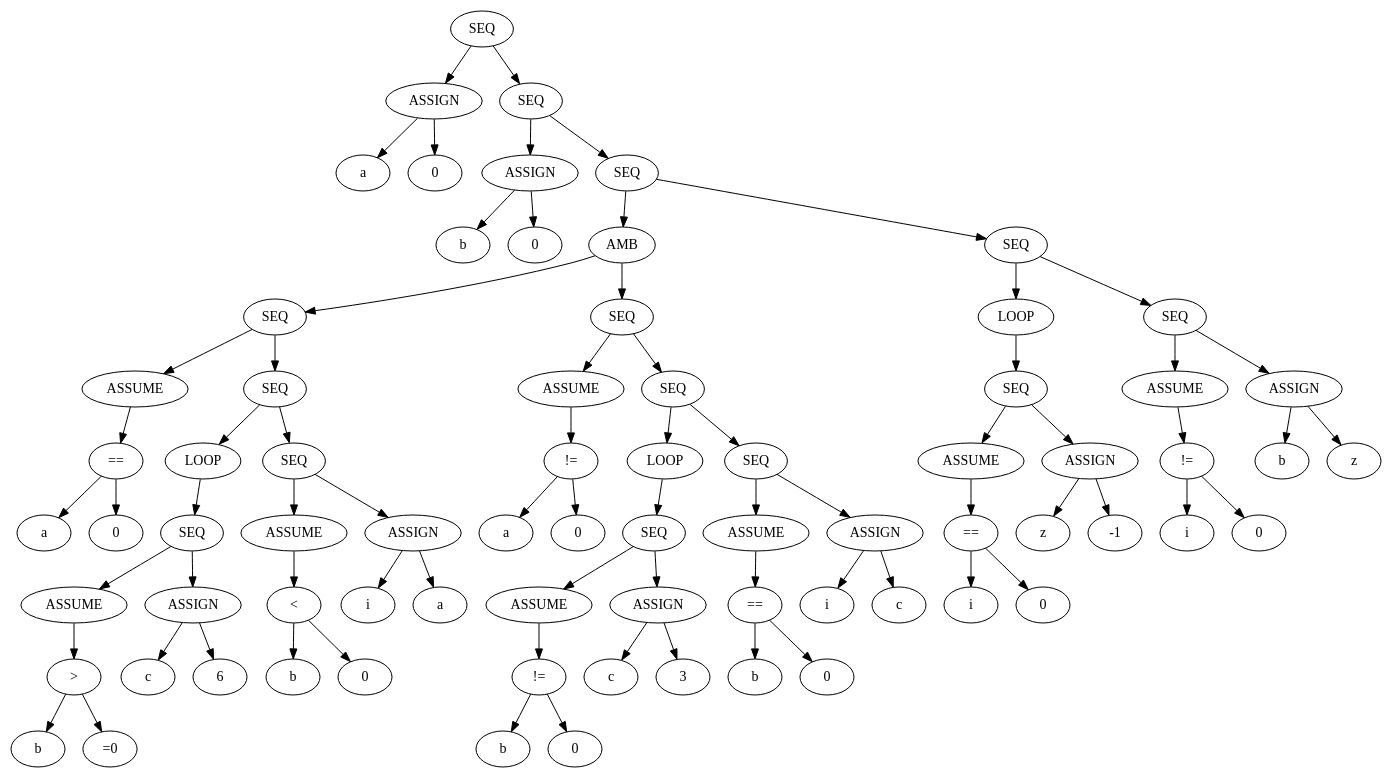
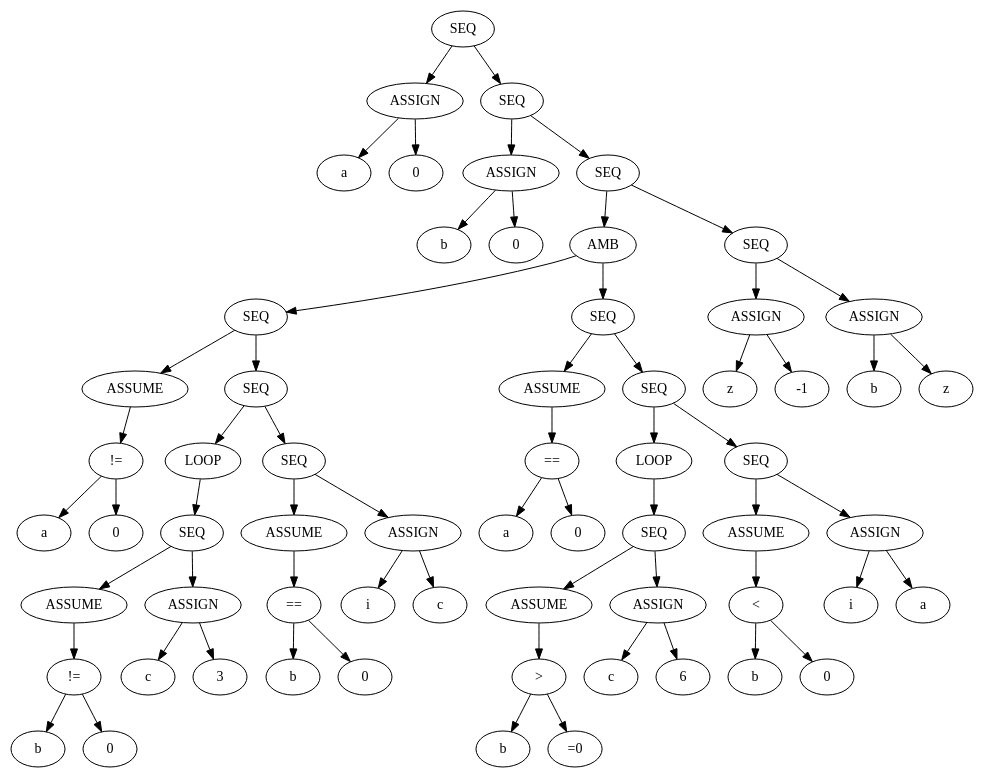
One commit to Harman309/project6 changed the diagram in code/conv_asts/ambwhile/ambwhile.gv. Above: the diagram before and after it, drawn with Graphviz. The commit also changed 58 other files, not shown here.

```diff
--- a/code/conv_asts/ambwhile/ambwhile.gv
+++ b/code/conv_asts/ambwhile/ambwhile.gv
@@ -1,150 +1,128 @@
 // ambwhile
 digraph {
-	40 [label=SEQ]
-	37 [label=ASSIGN]
-	38 [label=a]
-	37 -> 38
-	39 [label=0]
-	37 -> 39
-	40 -> 37
-	44 [label=SEQ]
-	41 [label=ASSIGN]
-	42 [label=b]
+	35 [label=SEQ]
+	32 [label=ASSIGN]
+	33 [label=a]
+	32 -> 33
+	34 [label=0]
+	32 -> 34
+	35 -> 32
+	39 [label=SEQ]
+	36 [label=ASSIGN]
+	37 [label=b]
+	36 -> 37
+	38 [label=0]
+	36 -> 38
+	39 -> 36
+	87 [label=SEQ]
+	40 [label=AMB]
+	45 [label=SEQ]
+	41 [label=ASSUME]
+	42 [label="!="]
+	43 [label="a "]
+	42 -> 43
+	44 [label=" 0"]
+	42 -> 44
 	41 -> 42
-	43 [label=0]
-	41 -> 43
-	44 -> 41
-	92 [label=SEQ]
-	45 [label=AMB]
-	50 [label=SEQ]
-	46 [label=ASSUME]
-	47 [label="=="]
-	48 [label="a "]
+	45 -> 41
+	55 [label=SEQ]
+	46 [label=LOOP]
+	51 [label=SEQ]
+	47 [label=ASSUME]
+	48 [label="!="]
+	49 [label="b "]
+	48 -> 49
+	50 [label=" 0"]
+	48 -> 50
 	47 -> 48
-	49 [label=" 0"]
-	47 -> 49
-	46 -> 47
-	50 -> 46
+	51 -> 47
+	52 [label=ASSIGN]
+	53 [label=c]
+	52 -> 53
+	54 [label=3]
+	52 -> 54
+	51 -> 52
+	46 -> 51
+	55 -> 46
 	60 [label=SEQ]
-	51 [label=LOOP]
-	56 [label=SEQ]
-	52 [label=ASSUME]
-	53 [label=">"]
-	54 [label="b "]
-	53 -> 54
-	55 [label=" =0"]
-	53 -> 55
-	52 -> 53
-	56 -> 52
-	57 [label=ASSIGN]
-	58 [label=c]
+	56 [label=ASSUME]
+	57 [label="=="]
+	58 [label="b "]
 	57 -> 58
-	59 [label=6]
+	59 [label=" 0"]
 	57 -> 59
 	56 -> 57
-	51 -> 56
-	60 -> 51
-	65 [label=SEQ]
-	61 [label=ASSUME]
-	62 [label="<"]
-	63 [label="b "]
-	62 -> 63
-	64 [label=" 0"]
-	62 -> 64
+	60 -> 56
+	61 [label=ASSIGN]
+	62 [label=i]
 	61 -> 62
-	65 -> 61
-	66 [label=ASSIGN]
-	67 [label=i]
-	66 -> 67
-	68 [label=a]
-	66 -> 68
+	63 [label=c]
+	61 -> 63
+	60 -> 61
+	55 -> 60
+	45 -> 55
+	40 -> 45
+	68 [label=SEQ]
+	64 [label=ASSUME]
+	65 [label="=="]
+	66 [label="a "]
 	65 -> 66
-	60 -> 65
-	50 -> 60
-	45 -> 50
-	73 [label=SEQ]
-	69 [label=ASSUME]
-	70 [label="!="]
-	71 [label="a "]
+	67 [label=" 0"]
+	65 -> 67
+	64 -> 65
+	68 -> 64
+	78 [label=SEQ]
+	69 [label=LOOP]
+	74 [label=SEQ]
+	70 [label=ASSUME]
+	71 [label=">"]
+	72 [label="b "]
+	71 -> 72
+	73 [label=" =0"]
+	71 -> 73
 	70 -> 71
-	72 [label=" 0"]
-	70 -> 72
-	69 -> 70
-	73 -> 69
+	74 -> 70
+	75 [label=ASSIGN]
+	76 [label=c]
+	75 -> 76
+	77 [label=6]
+	75 -> 77
+	74 -> 75
+	69 -> 74
+	78 -> 69
 	83 [label=SEQ]
-	74 [label=LOOP]
-	79 [label=SEQ]
-	75 [label=ASSUME]
-	76 [label="!="]
-	77 [label="b "]
-	76 -> 77
-	78 [label=" 0"]
-	76 -> 78
-	75 -> 76
-	79 -> 75
-	80 [label=ASSIGN]
-	81 [label=c]
+	79 [label=ASSUME]
+	80 [label="<"]
+	81 [label="b "]
 	80 -> 81
-	82 [label=3]
+	82 [label=" 0"]
 	80 -> 82
 	79 -> 80
-	74 -> 79
-	83 -> 74
-	88 [label=SEQ]
-	84 [label=ASSUME]
-	85 [label="=="]
-	86 [label="b "]
-	85 -> 86
-	87 [label=" 0"]
-	85 -> 87
+	83 -> 79
+	84 [label=ASSIGN]
+	85 [label=i]
 	84 -> 85
-	88 -> 84
-	89 [label=ASSIGN]
-	90 [label=i]
-	89 -> 90
-	91 [label=c]
-	89 -> 91
+	86 [label=a]
+	84 -> 86
+	83 -> 84
+	78 -> 83
+	68 -> 78
+	40 -> 68
+	87 -> 40
+	91 [label=SEQ]
+	88 [label=ASSIGN]
+	89 [label=z]
 	88 -> 89
-	83 -> 88
-	73 -> 83
-	45 -> 73
-	92 -> 45
-	102 [label=SEQ]
-	93 [label=LOOP]
-	98 [label=SEQ]
-	94 [label=ASSUME]
-	95 [label="=="]
-	96 [label="i "]
-	95 -> 96
-	97 [label=" 0"]
-	95 -> 97
-	94 -> 95
-	98 -> 94
-	99 [label=ASSIGN]
-	100 [label=z]
-	99 -> 100
-	101 [label=-1]
-	99 -> 101
-	98 -> 99
-	93 -> 98
-	102 -> 93
-	107 [label=SEQ]
-	103 [label=ASSUME]
-	104 [label="!="]
-	105 [label="i "]
-	104 -> 105
-	106 [label=" 0"]
-	104 -> 106
-	103 -> 104
-	107 -> 103
-	108 [label=ASSIGN]
-	109 [label=b]
-	108 -> 109
-	110 [label=z]
-	108 -> 110
-	107 -> 108
-	102 -> 107
-	92 -> 102
-	44 -> 92
-	40 -> 44
+	90 [label=-1]
+	88 -> 90
+	91 -> 88
+	92 [label=ASSIGN]
+	93 [label=b]
+	92 -> 93
+	94 [label=z]
+	92 -> 94
+	91 -> 92
+	87 -> 91
+	39 -> 87
+	35 -> 39
 }
```
